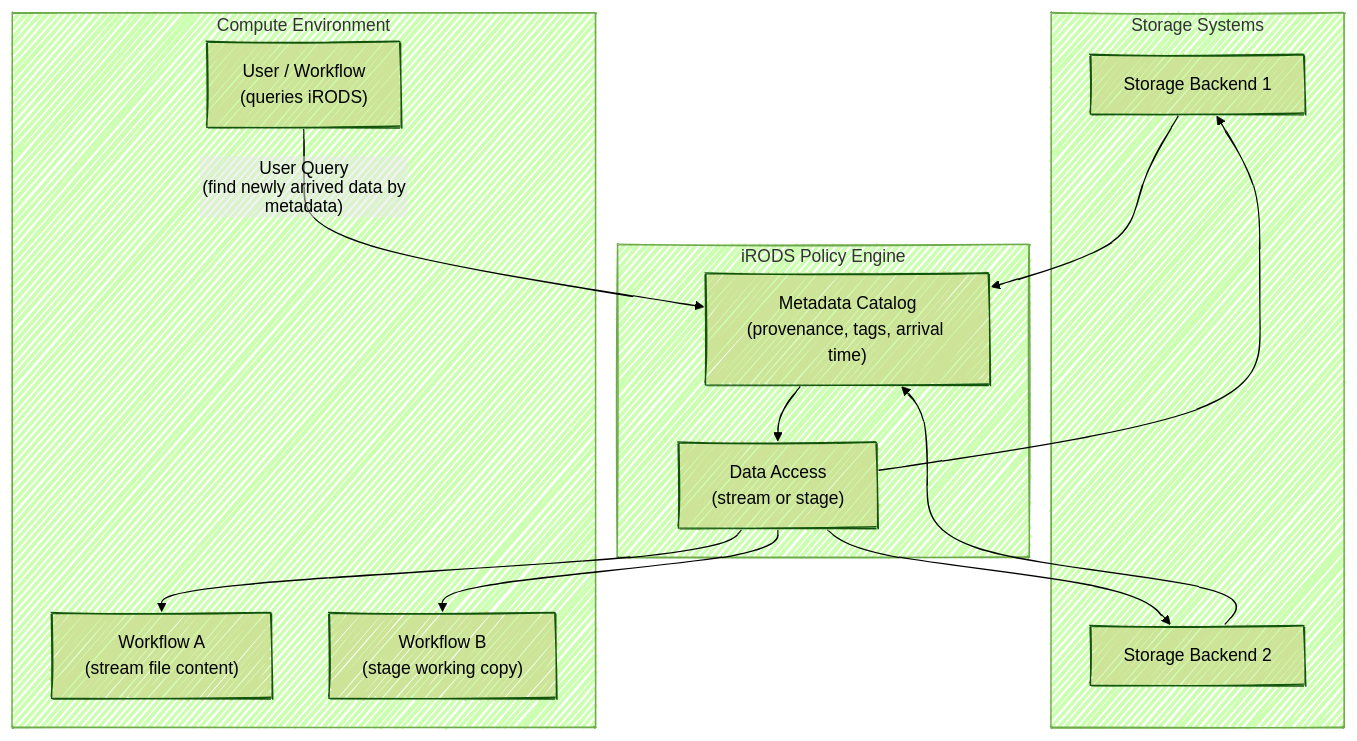
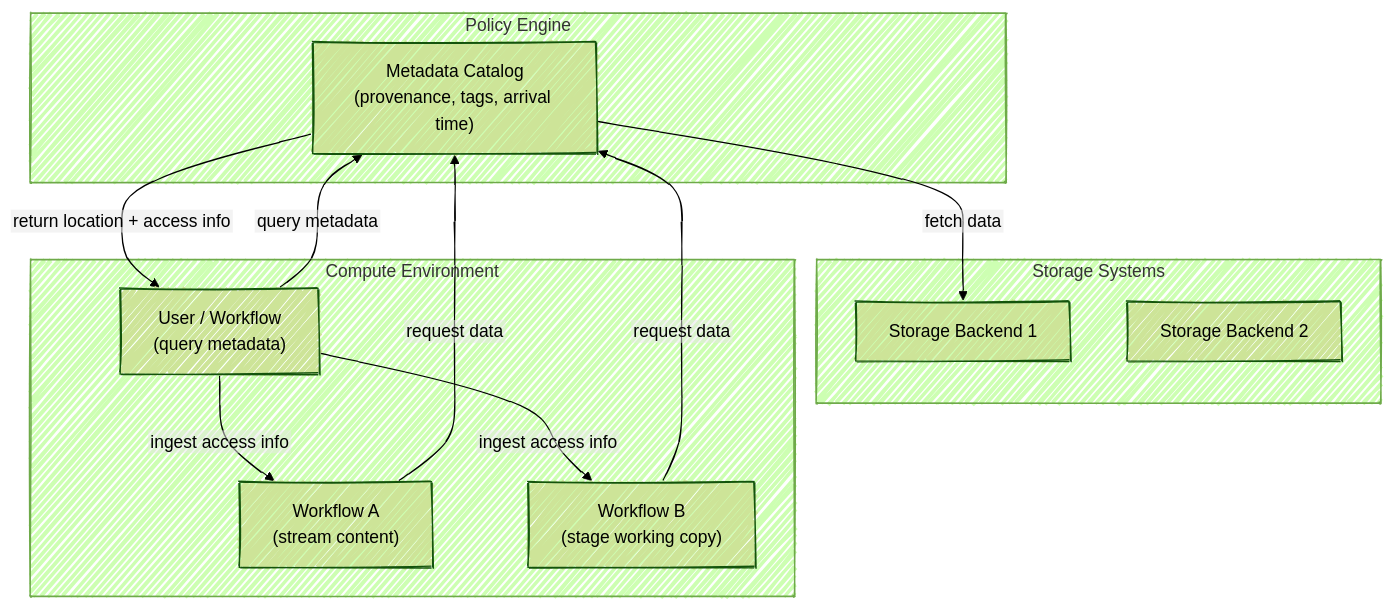
Before and after one commit to chStaiger/rdm-fundamentals: the sixth of 6 diagrams in book/policy-engines.qmd, drawn with Mermaid (forest theme). The commit also changed other lines of this file, not shown here.

Commit message:
policy engines finished

````diff
--- a/book/policy-engines.qmd
+++ b/book/policy-engines.qmd
@@ -262,35 +319,41 @@
 ```{mermaid}
-%%| label: fig-5
-%%| fig-cap: Users or workflows query iRODS metadata to identify files that require processing. iRODS resolves location and provides access without exposing underlying storage.
+%%| label: fig-6
+%%| fig-cap: Users or workflows query the metadata catalog, receive location and access information and fetch data through the policy engine without direct access to storage.
 %%| fig-align: center
 %%{init: {"look": "handDrawn","flowchart": { "htmlLabels": false }}}%%
+
 flowchart TB
 
     subgraph Storage["Storage Systems"]
         S1["Storage Backend 1"]
         S2["Storage Backend 2"]
     end
 
-    subgraph PE["iRODS Policy Engine"]
+    subgraph PE["Policy Engine"]
         Catalog["Metadata Catalog<br/>(provenance, tags, arrival time)"]
-        Access["Data Access<br/>(stream or stage)"]
     end
 
     subgraph Compute["Compute Environment"]
-        User["User / Workflow<br/>(queries iRODS)"]
-        Stream["Workflow A<br/>(stream file content)"]
+        User["User / Workflow<br/>(query metadata)"]
+        Stream["Workflow A<br/>(stream content)"]
         Copy["Workflow B<br/>(stage working copy)"]
     end
 
-    S1 --> Catalog
-    S2 --> Catalog
+    %% User/workflow queries catalog
+    User -- "query metadata" --> Catalog
 
-    User -- "User Query<br/>(find newly arrived data by metadata)" --> Catalog
+    %% Catalog returns access info to user/workflow
+    Catalog -- "return location + access info" --> User
 
-    Catalog --> Access
-    Access --> S1
-    Access --> S2
+    %% User/workflow injects access info into workflows
+    User -- "ingest access info" --> Stream
+    User -- "ingest access info" --> Copy
 
-    Access --> Stream
-    Access --> Copy
+    %% Workflows fetch data through policy engine
+    Stream -- "request data" --> Catalog
+    Copy -- "request data" --> Catalog
+
+    %% Policy engine fetches from storage
+    Catalog -- "fetch data" --> S1
+
 ```
````
